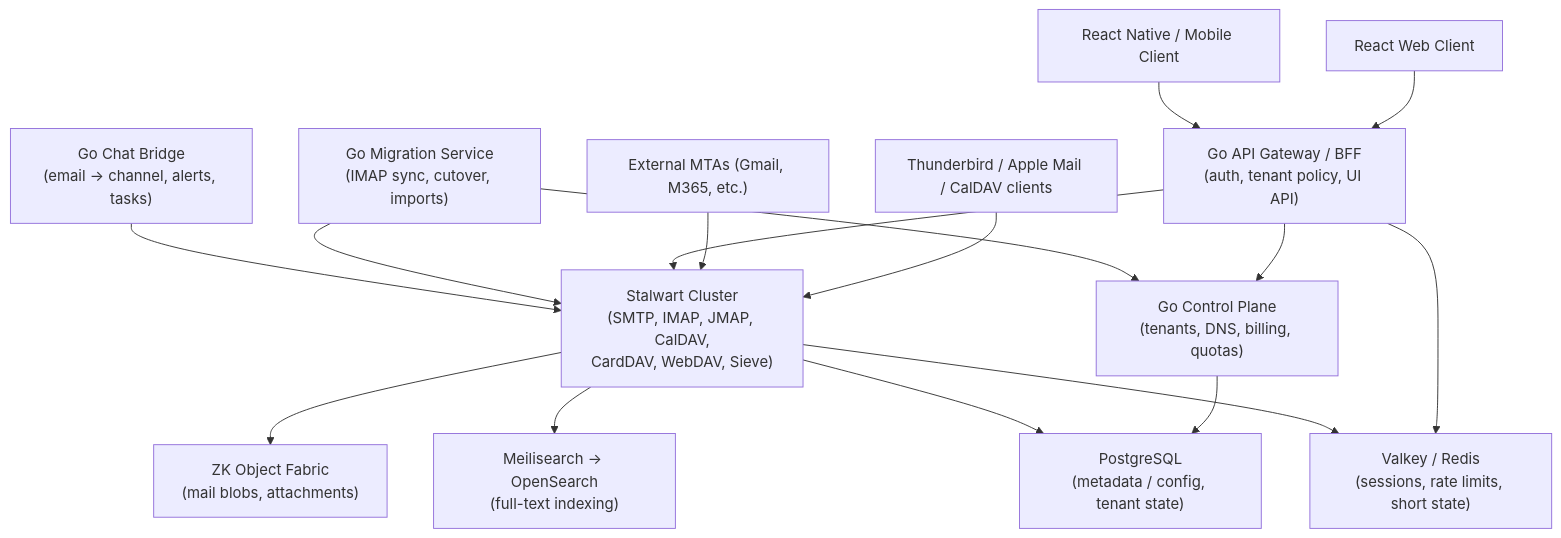
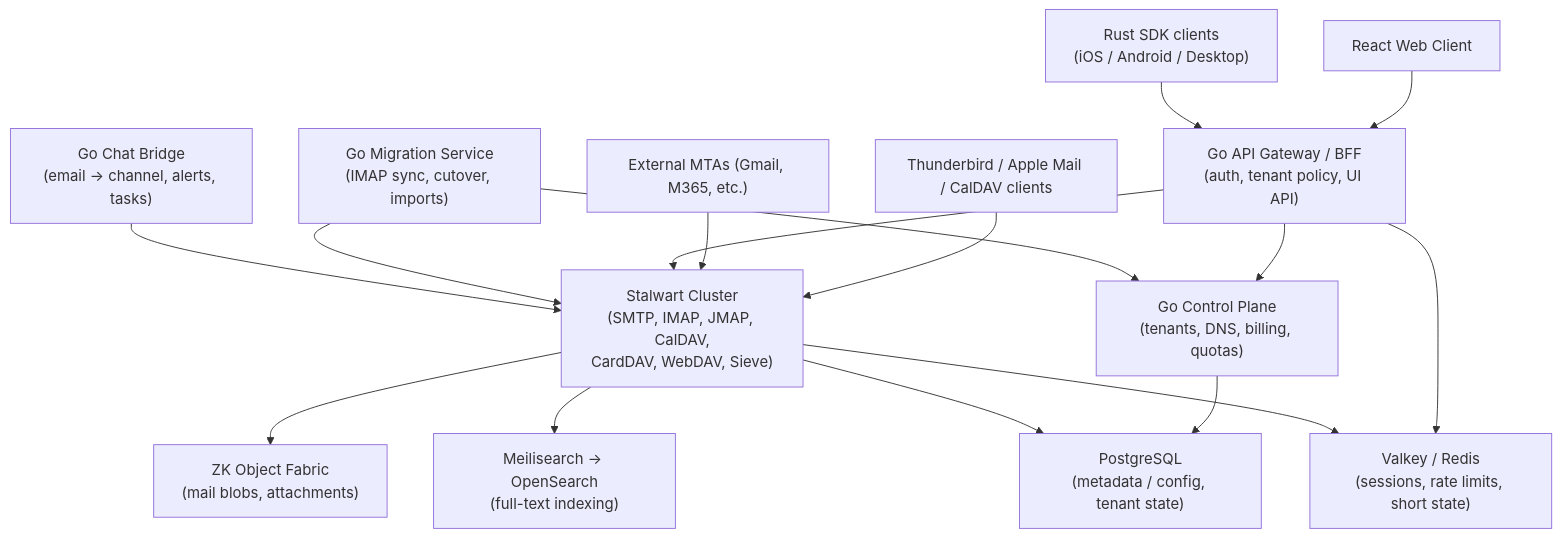
The diagram in docs/PROPOSAL.md (kennguy3n/kmail), drawn with Mermaid before and after one commit. The commit also changed other lines of this file and 37 other files, not shown here.

````diff
--- a/docs/PROPOSAL.md
+++ b/docs/PROPOSAL.md
@@ -287,37 +287,37 @@
 ```mermaid
 flowchart TD
     WebClient["React Web Client"]
-    MobileClient["React Native / Mobile Client"]
+    NativeClient["Rust SDK clients<br/>(iOS / Android / Desktop)"]
     ThirdParty["Thunderbird / Apple Mail / CalDAV clients"]
     ExternalMTA["External MTAs (Gmail, M365, etc.)"]
 
     BFF["Go API Gateway / BFF<br/>(auth, tenant policy, UI API)"]
     Control["Go Control Plane<br/>(tenants, DNS, billing, quotas)"]
     Migration["Go Migration Service<br/>(IMAP sync, cutover, imports)"]
     ChatBridge["Go Chat Bridge<br/>(email → channel, alerts, tasks)"]
 
     Stalwart["Stalwart Cluster<br/>(SMTP, IMAP, JMAP, CalDAV,<br/>CardDAV, WebDAV, Sieve)"]
 
     Postgres["PostgreSQL<br/>(metadata / config, tenant state)"]
     ZKOF["ZK Object Fabric<br/>(mail blobs, attachments)"]
     Search["Meilisearch → OpenSearch<br/>(full-text indexing)"]
     Valkey["Valkey / Redis<br/>(sessions, rate limits, short state)"]
 
     WebClient --> BFF
-    MobileClient --> BFF
+    NativeClient --> BFF
     ThirdParty --> Stalwart
     ExternalMTA --> Stalwart
 
     BFF --> Stalwart
     BFF --> Control
     BFF --> Valkey
     Control --> Postgres
     Migration --> Stalwart
     Migration --> Control
     ChatBridge --> Stalwart
 
     Stalwart --> Postgres
     Stalwart --> ZKOF
     Stalwart --> Search
     Stalwart --> Valkey
 ```
````
